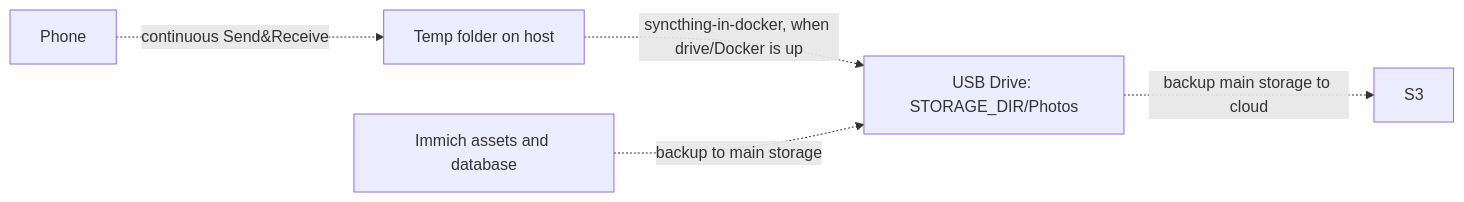
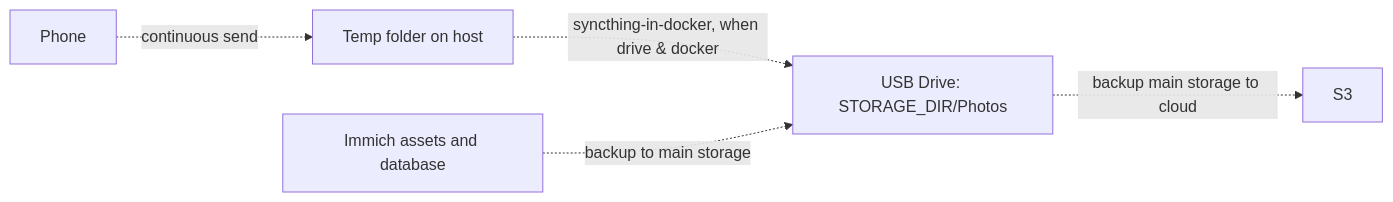
One commit to funduck/photos changed the diagram in README.md. Above: the diagram before and after it, drawn with Mermaid. The commit also changed other lines of this file, not shown here.

Commit message:
upd README syncthing setup

````diff
--- a/README.md
+++ b/README.md
@@ -29,7 +29,7 @@
 ```mermaid
 flowchart LR
-    P[Phone] -. continuous Send&Receive .-> T[Temp folder on host]
-    T -. syncthing-in-docker, when drive/Docker is up .-> S[USB Drive: STORAGE_DIR/Photos]
+    P[Phone] -. continuous send .-> T[Temp folder on host]
+    T -. syncthing-in-docker, when drive & docker .-> S[USB Drive: STORAGE_DIR/Photos]
     S -. backup main storage to cloud .-> B[S3]
     I[Immich assets and database] -. backup to main storage .-> S
 ```
````
